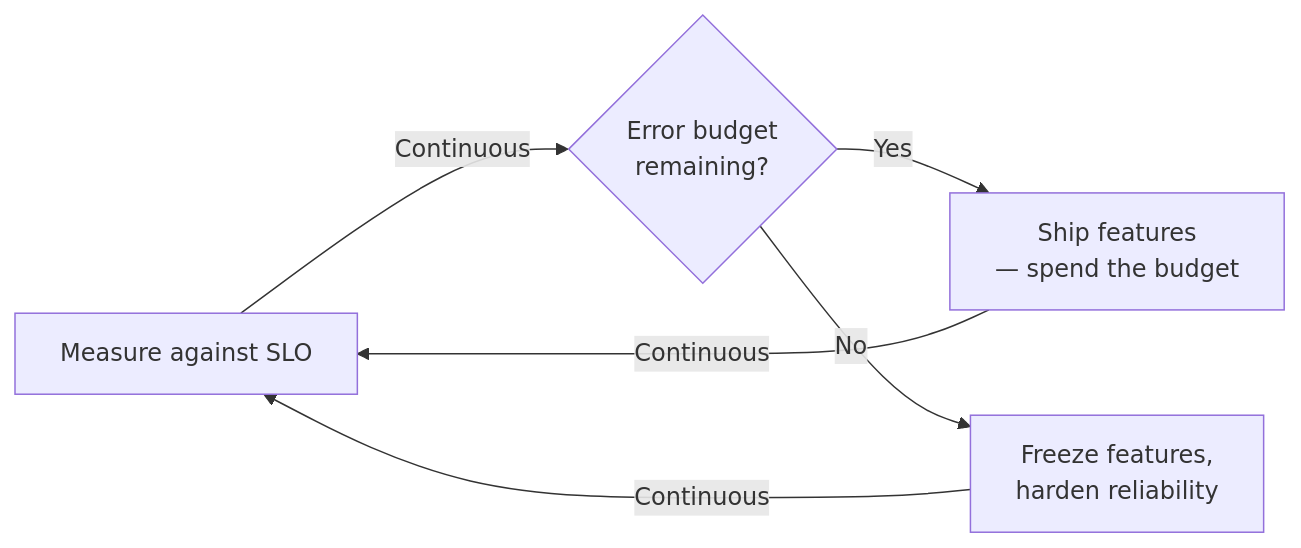
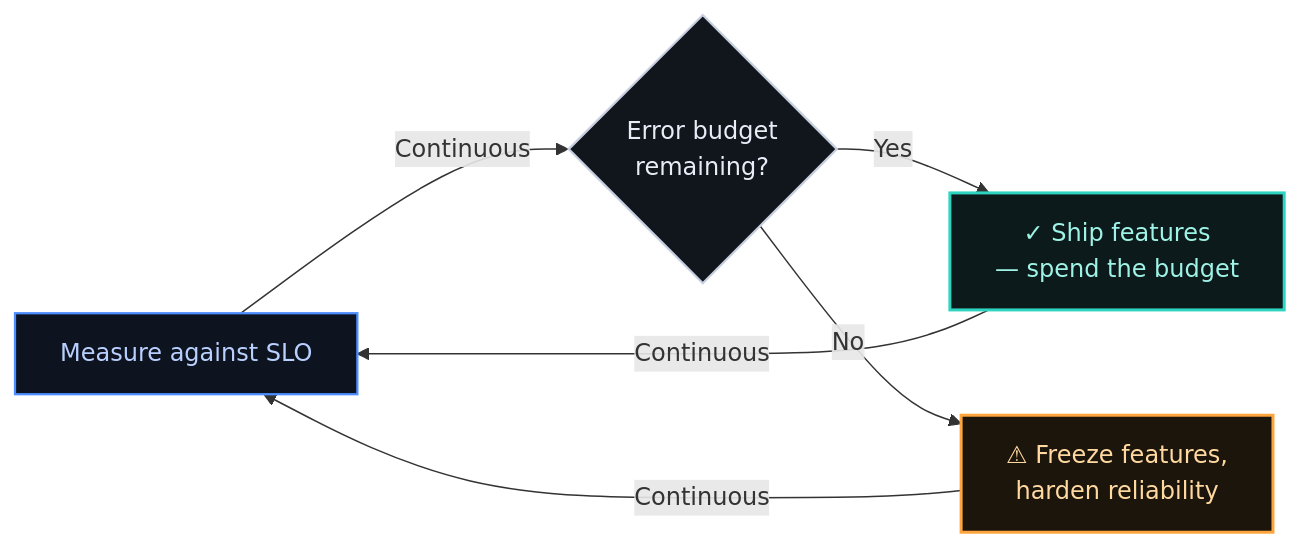
The second of 2 diagrams in adrs/002-availability-target.md (raghavarora12/engineering-playbook), drawn with Mermaid before and after one commit. The commit also changed other lines of this file and 10 other files, not shown here.

````diff
--- a/adrs/002-availability-target.md
+++ b/adrs/002-availability-target.md
@@ -103,8 +110,17 @@
 ```mermaid
 flowchart LR
     M["Measure against SLO"] -- Continuous --> B{"Error budget<br/>remaining?"}
-    B -- Yes --> S["Ship features<br/>— spend the budget"]
-    B -- No --> F["Freeze features,<br/>harden reliability"]
+    B -- Yes --> S["✓ Ship features<br/>— spend the budget"]
+    B -- No --> F["⚠ Freeze features,<br/>harden reliability"]
     S -- Continuous --> M
     F -- Continuous --> M
+
+    classDef decision fill:#11151c,stroke:#c7cfe0,stroke-width:1.5px,color:#e7ecf7
+    classDef good fill:#0d1a1c,stroke:#2dd4bf,stroke-width:2px,color:#9ff3e6
+    classDef warn fill:#1c150c,stroke:#ffa53d,stroke-width:2px,color:#ffd9a0
+    classDef neutral fill:#0d1420,stroke:#4c8dff,stroke-width:1.5px,color:#b9d0ff
+    class M neutral
+    class B decision
+    class S good
+    class F warn
 ```
````
